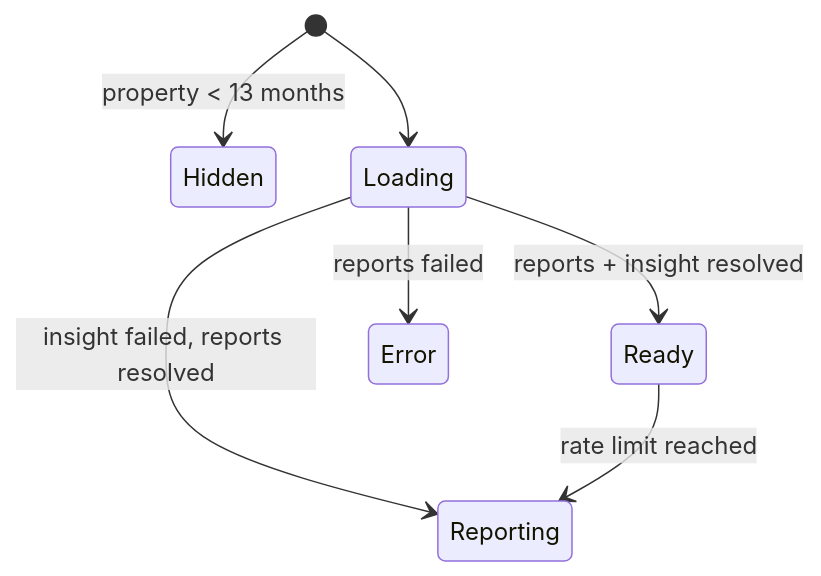
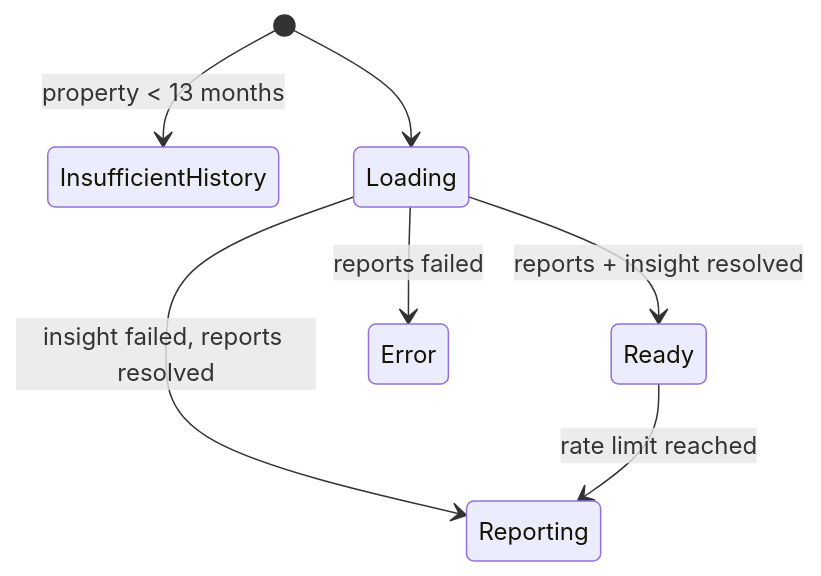
Before and after one commit to google/site-kit-wp: the second of 2 diagrams in docs/epics/performance-benchmarking/design-doc.md, drawn with Mermaid. The commit also changed other lines of this file, not shown here.

````diff
--- a/docs/epics/performance-benchmarking/design-doc.md
+++ b/docs/epics/performance-benchmarking/design-doc.md
@@ -205,9 +214,9 @@
 ```mermaid
 stateDiagram-v2
-    [*] --> Hidden: property < 13 months
+    [*] --> InsufficientHistory: property < 13 months
     [*] --> Loading
     Loading --> Ready: reports + insight resolved
     Loading --> Reporting: insight failed, reports resolved
     Loading --> Error: reports failed
     Ready --> Reporting: rate limit reached
 ```
````
